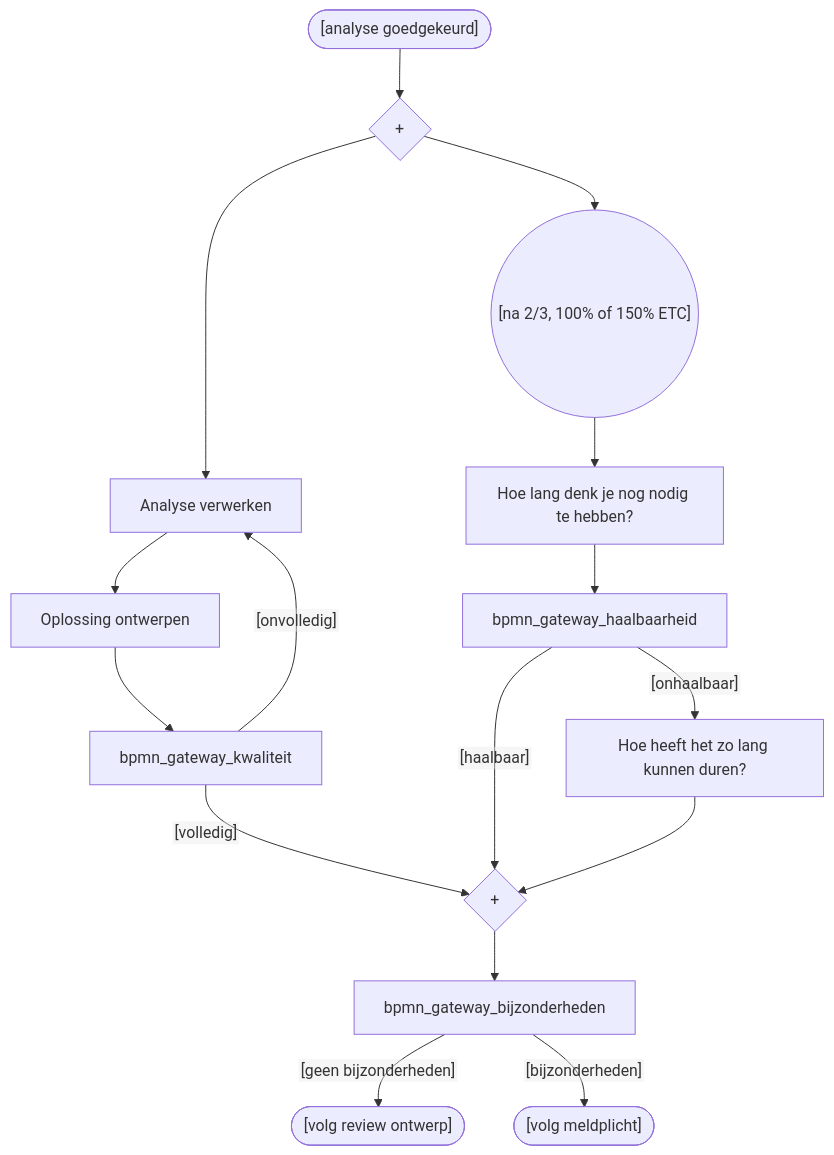
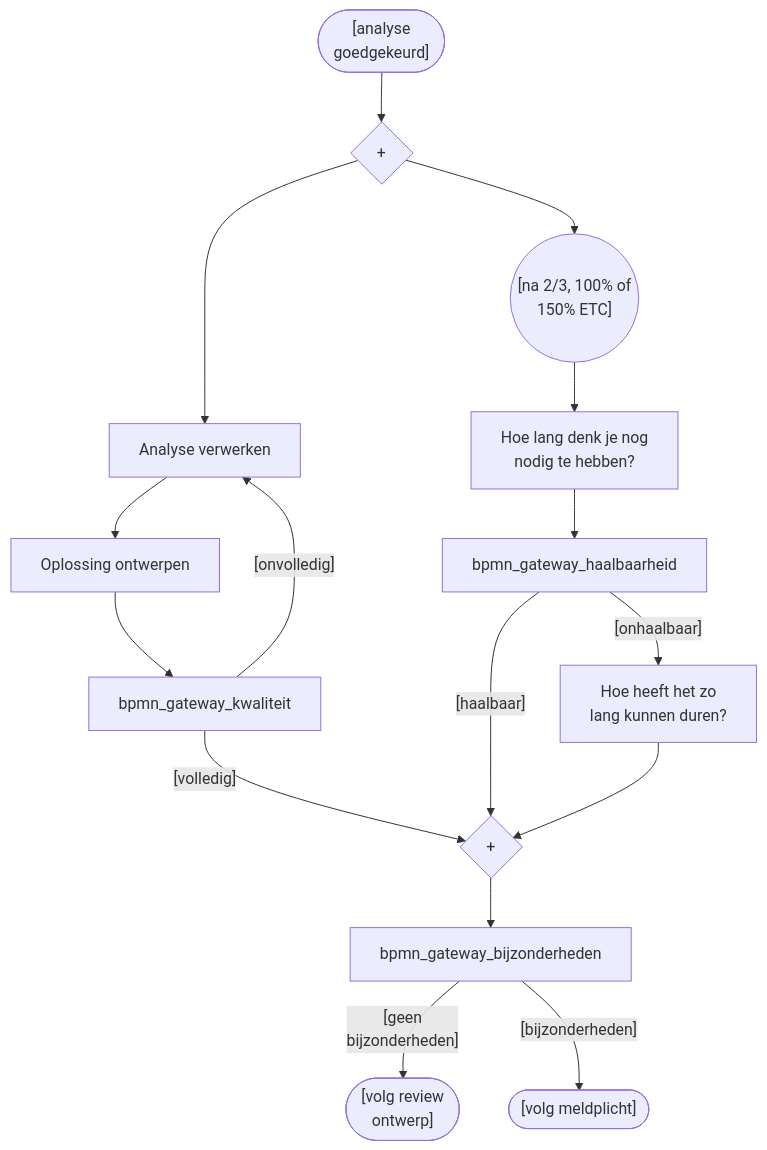
One commit to Zaibatsu89/IssueTracker changed the diagram in 5 Issue Tracker ontwerp.mermaid. Above: the diagram before and after it, drawn with Mermaid. The commit also changed 14 other files, not shown here.

```diff
--- a/5 Issue Tracker ontwerp.mermaid
+++ b/5 Issue Tracker ontwerp.mermaid
@@ -1,27 +1,27 @@
-%%{init: {'theme': 'default', 'themeVariables': {'fontFamily': 'sans-serif'}, 'flowchart': {'htmlLabels': false}}}%%
+%%{init: {'theme': 'default', 'themeVariables': {'fontFamily': 'sans-serif'}, 'flowchart': {'htmlLabels': true}}}%%
 flowchart TD
-    bpmn_start_event(["[analyse goedgekeurd]"])
+    bpmn_start_event(["[analyse<br>goedgekeurd]"])
     bpmn_gateway_fork{"+"}
     bpmn_task_intake["Analyse verwerken"]
     bpmn_task_oplossing["Oplossing ontwerpen"]
-    bpmn_event_etc(("[na 2/3, 100% of 150% ETC]"))
-    bpmn_task_inschatting["Hoe lang denk je nog nodig te hebben?"]
-    bpmn_task_verantwoording["Hoe heeft het zo lang kunnen duren?"]
+    bpmn_event_etc(("[na 2/3, 100% of<br>150% ETC]"))
+    bpmn_task_inschatting["Hoe lang denk je nog<br>nodig te hebben?"]
+    bpmn_task_verantwoording["Hoe heeft het zo<br>lang kunnen duren?"]
     bpmn_gateway_join{"+"}
-    bpmn_end_regulier(["[volg review ontwerp]"])
+    bpmn_end_regulier(["[volg review<br>ontwerp]"])
     bpmn_end_bijzonderheden(["[volg meldplicht]"])
     bpmn_gateway_kwaliteit -->|"[onvolledig]"| bpmn_task_intake
     bpmn_gateway_kwaliteit -->|"[volledig]"| bpmn_gateway_join
     bpmn_gateway_haalbaarheid -->|"[haalbaar]"| bpmn_gateway_join
     bpmn_gateway_haalbaarheid -->|"[onhaalbaar]"| bpmn_task_verantwoording
-    bpmn_gateway_bijzonderheden -->|"[geen bijzonderheden]"| bpmn_end_regulier
+    bpmn_gateway_bijzonderheden -->|"[geen<br>bijzonderheden]"| bpmn_end_regulier
     bpmn_gateway_bijzonderheden -->|"[bijzonderheden]"| bpmn_end_bijzonderheden
     bpmn_start_event --> bpmn_gateway_fork
     bpmn_gateway_fork --> bpmn_task_intake
     bpmn_gateway_fork --> bpmn_event_etc
     bpmn_task_intake --> bpmn_task_oplossing
     bpmn_task_oplossing --> bpmn_gateway_kwaliteit
     bpmn_event_etc --> bpmn_task_inschatting
     bpmn_task_inschatting --> bpmn_gateway_haalbaarheid
     bpmn_task_verantwoording --> bpmn_gateway_join
     bpmn_gateway_join --> bpmn_gateway_bijzonderheden
```
